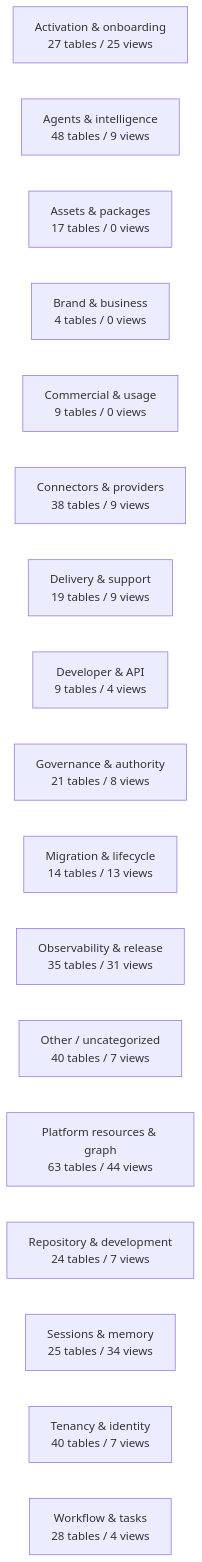
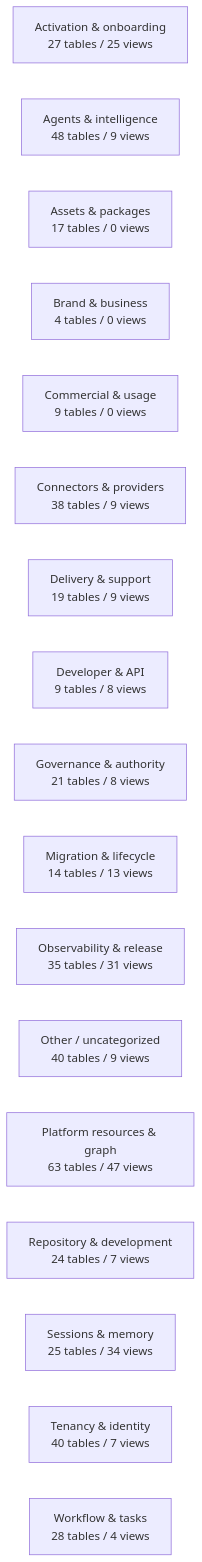
Before and after one commit to mad4bdigital-ai/multi-business-multi-role-growth-intelligence-os: the diagram in docs/work-maps/data-model-domain-map.md, drawn with Mermaid. The commit also changed other lines of this file and 5 other files, not shown here.

````diff
--- a/docs/work-maps/data-model-domain-map.md
+++ b/docs/work-maps/data-model-domain-map.md
@@ -9,20 +9,20 @@
 ```mermaid
 flowchart LR
   n_Activation___onboarding["Activation & onboarding<br/>27 tables / 25 views"]
   n_Agents___intelligence["Agents & intelligence<br/>48 tables / 9 views"]
   n_Assets___packages["Assets & packages<br/>17 tables / 0 views"]
   n_Brand___business["Brand & business<br/>4 tables / 0 views"]
   n_Commercial___usage["Commercial & usage<br/>9 tables / 0 views"]
   n_Connectors___providers["Connectors & providers<br/>38 tables / 9 views"]
   n_Delivery___support["Delivery & support<br/>19 tables / 9 views"]
-  n_Developer___API["Developer & API<br/>9 tables / 4 views"]
+  n_Developer___API["Developer & API<br/>9 tables / 8 views"]
   n_Governance___authority["Governance & authority<br/>21 tables / 8 views"]
   n_Migration___lifecycle["Migration & lifecycle<br/>14 tables / 13 views"]
   n_Observability___release["Observability & release<br/>35 tables / 31 views"]
-  n_Other___uncategorized["Other / uncategorized<br/>40 tables / 7 views"]
-  n_Platform_resources___graph["Platform resources & graph<br/>63 tables / 44 views"]
+  n_Other___uncategorized["Other / uncategorized<br/>40 tables / 9 views"]
+  n_Platform_resources___graph["Platform resources & graph<br/>63 tables / 47 views"]
   n_Repository___development["Repository & development<br/>24 tables / 7 views"]
   n_Sessions___memory["Sessions & memory<br/>25 tables / 34 views"]
   n_Tenancy___identity["Tenancy & identity<br/>40 tables / 7 views"]
   n_Workflow___tasks["Workflow & tasks<br/>28 tables / 4 views"]
 ```
````
